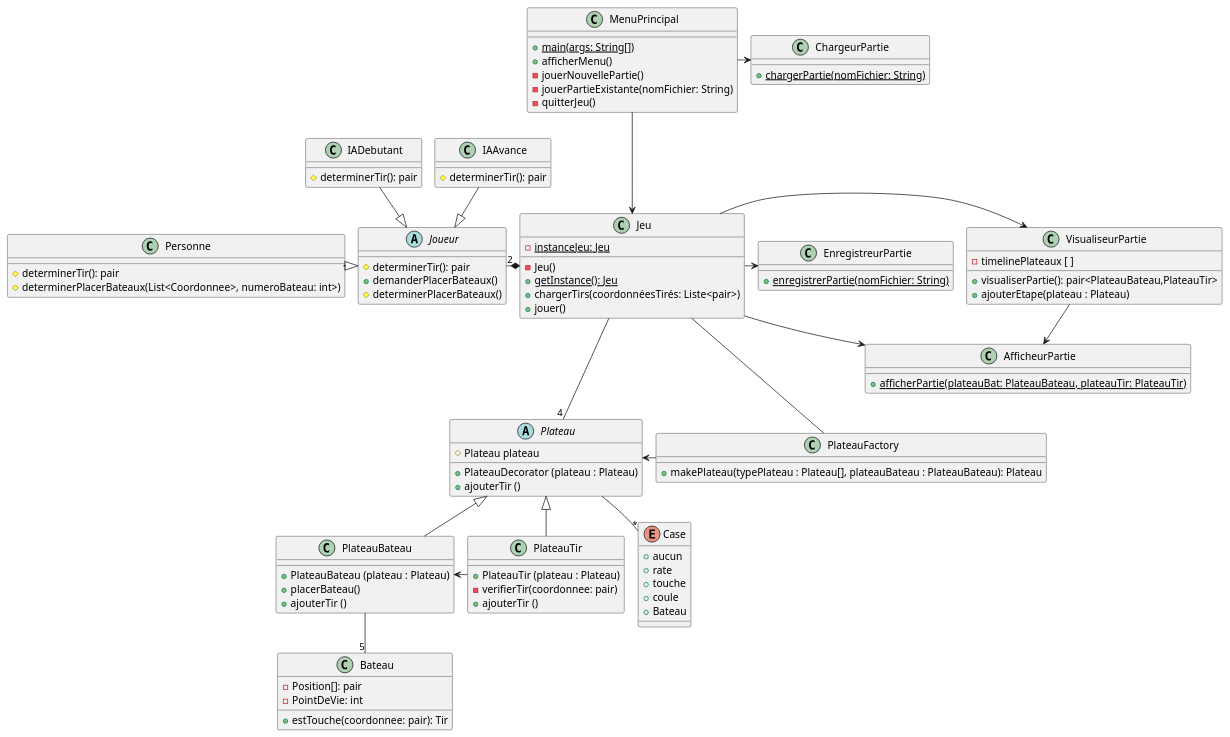
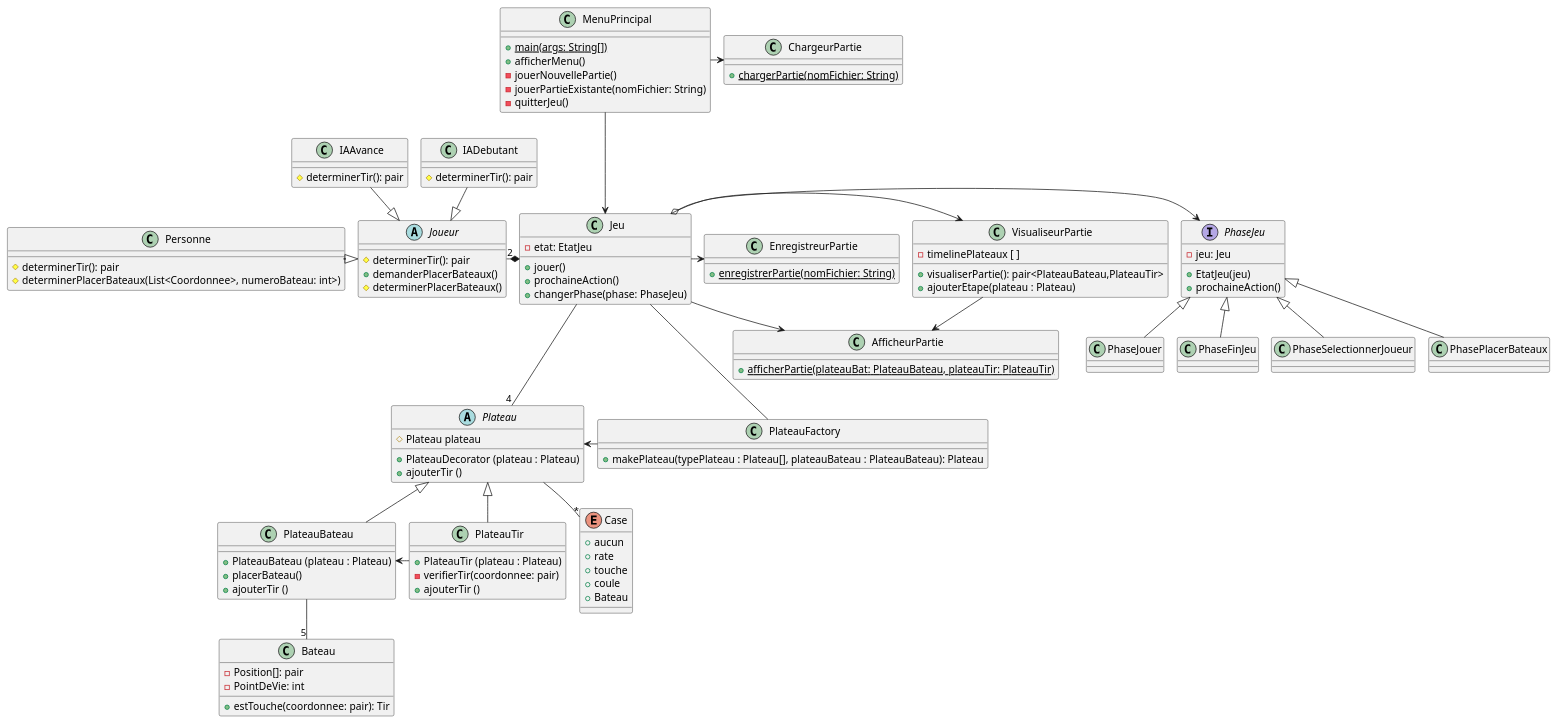
Before and after one commit to Patroklos99/5153_TP2-Battleship-AI-Pattern-Conception_Engineering2: the diagram in diagrammes_conception/diagramme_classes_patrons.puml, drawn with PlantUML. The commit also changed 6 other files, not shown here.

Commit message:
Ajout de diagramme pour patron State

```diff
--- a/diagrammes_conception/diagramme_classes_patrons.puml
+++ b/diagrammes_conception/diagramme_classes_patrons.puml
@@ -1,111 +1,132 @@
 @startuml
 !pragma layout smetana
 class PlateauFactory{
     + makePlateau(typePlateau : Plateau[], plateauBateau : PlateauBateau): Plateau
 }
 
 abstract class Plateau {
     # Plateau plateau
     + PlateauDecorator (plateau : Plateau)
     + ajouterTir ()
 }
 
 
 abstract class Joueur{
     # determinerTir(): pair
     + demanderPlacerBateaux()
     # determinerPlacerBateaux()
 }
 
 class MenuPrincipal{
     + {static} main(args: String[])
     + afficherMenu()
     - jouerNouvellePartie()
     - jouerPartieExistante(nomFichier: String)
     - quitterJeu()
 }
 
 class Jeu {
-    - {static} instanceJeu: Jeu
-    - Jeu()
-    + {static} getInstance(): Jeu
-    + chargerTirs(coordonnéesTirés: Liste<pair>)
+    - etat: EtatJeu
     + jouer()
+    + prochaineAction()
+    + changerPhase(phase: PhaseJeu)
 }
 
 class PlateauBateau {
     + PlateauBateau (plateau : Plateau)
     + placerBateau()
     + ajouterTir ()
 }
 
 class PlateauTir {
     + PlateauTir (plateau : Plateau)
     - verifierTir(coordonnee: pair)
     + ajouterTir ()
 }
 
 class Bateau {
     - Position[]: pair
     - PointDeVie: int
     + estTouche(coordonnee: pair): Tir
 }
 
 enum Case {
     + aucun
     + rate
     + touche
     + coule
     + Bateau
 }
 
 class IADebutant {
     # determinerTir(): pair
 }
 
 class IAAvance{
     # determinerTir(): pair
 }
 
 class ChargeurPartie {
     + {static} chargerPartie(nomFichier: String)
 }
 
 class VisualiseurPartie {
     - timelinePlateaux [ ]
     + visualiserPartie(): pair<PlateauBateau,PlateauTir>
     + ajouterEtape(plateau : Plateau)
 }
 
 class AfficheurPartie {
     + {static} afficherPartie(plateauBat: PlateauBateau, plateauTir: PlateauTir)
 }
 
 class EnregistreurPartie {
     + {static} enregistrerPartie(nomFichier: String)
 }
 
 class Personne {
     # determinerTir(): pair
     # determinerPlacerBateaux(List<Coordonnee>, numeroBateau: int>)
 }
 
+interface PhaseJeu {
+    - jeu: Jeu
+    + EtatJeu(jeu)
+    + prochaineAction()
+}
+
+class PhaseSelectionnerJoueur {}
+
+class PhasePlacerBateaux {}
+
+class PhaseJouer {}
+
+class PhaseFinJeu {}
+
+PhaseJeu <-left-o Jeu
+
+PhaseSelectionnerJoueur -up-|> PhaseJeu
+PhasePlacerBateaux -up-|> PhaseJeu
+PhaseJouer -up-|> PhaseJeu
+PhaseFinJeu -up-|> PhaseJeu
+
+
 PlateauBateau -- "5" Bateau
 Plateau <|-- PlateauBateau
 Plateau <|-- PlateauTir
 Jeu *-left- "2" Joueur
 Jeu -right-> EnregistreurPartie
 Jeu -right-> VisualiseurPartie
 Jeu -right-> AfficheurPartie
 MenuPrincipal -> ChargeurPartie
 MenuPrincipal ---> Jeu
 Jeu --- "4" Plateau
 Plateau -down- "*" Case
 Joueur <|-up- IADebutant
 Joueur <|-up- IAAvance
 Joueur <|-left-- Personne
 PlateauBateau <- PlateauTir
 VisualiseurPartie --> AfficheurPartie
 PlateauFactory -left-> Plateau
 Jeu --  PlateauFactory
 @enduml
```
